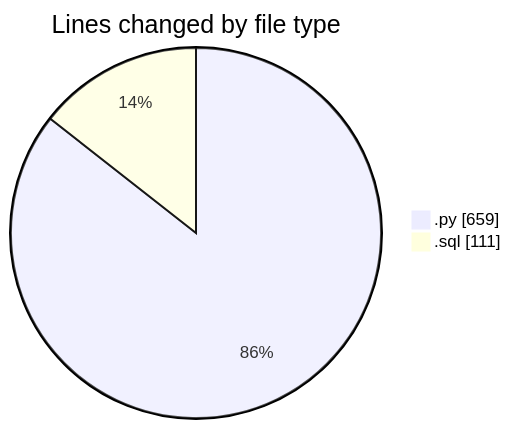
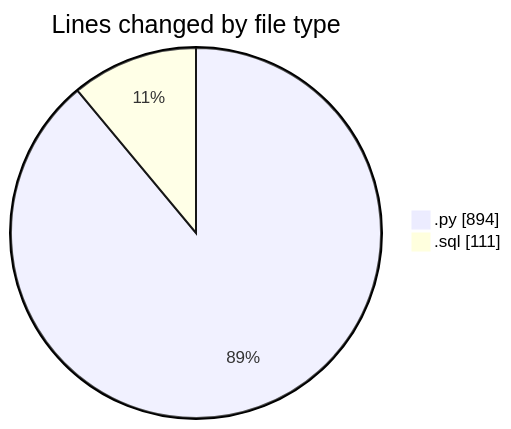
The first of 2 diagrams in 2025-04-22/synth_911data_gen/README.md (trdunsworth/code-tracking), drawn with Mermaid before and after one commit. The commit also changed other lines of this file and 1 other file, not shown here.

````diff
--- a/2025-04-22/synth_911data_gen/README.md
+++ b/2025-04-22/synth_911data_gen/README.md
@@ -21,6 +21,6 @@
 ```mermaid
 pie showData
 title Lines changed by file type
-".py" : 659
+".py" : 894
 ".sql" : 111
 ```
````
